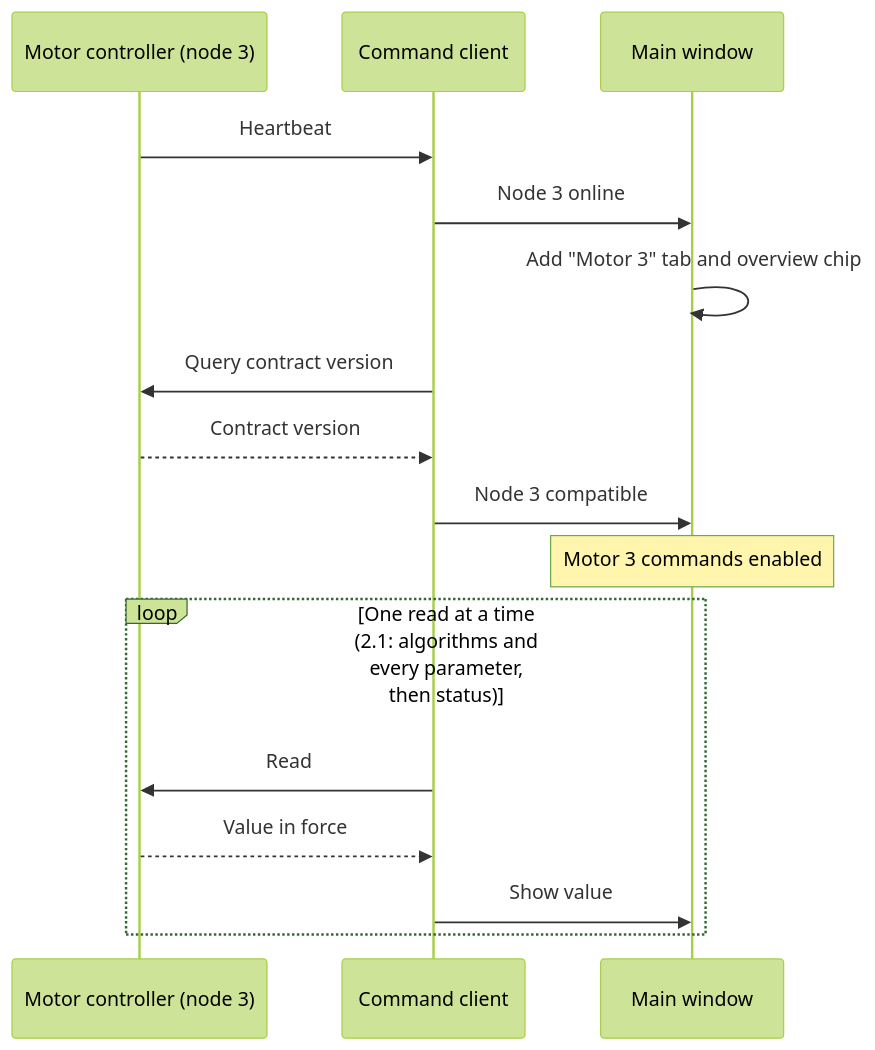
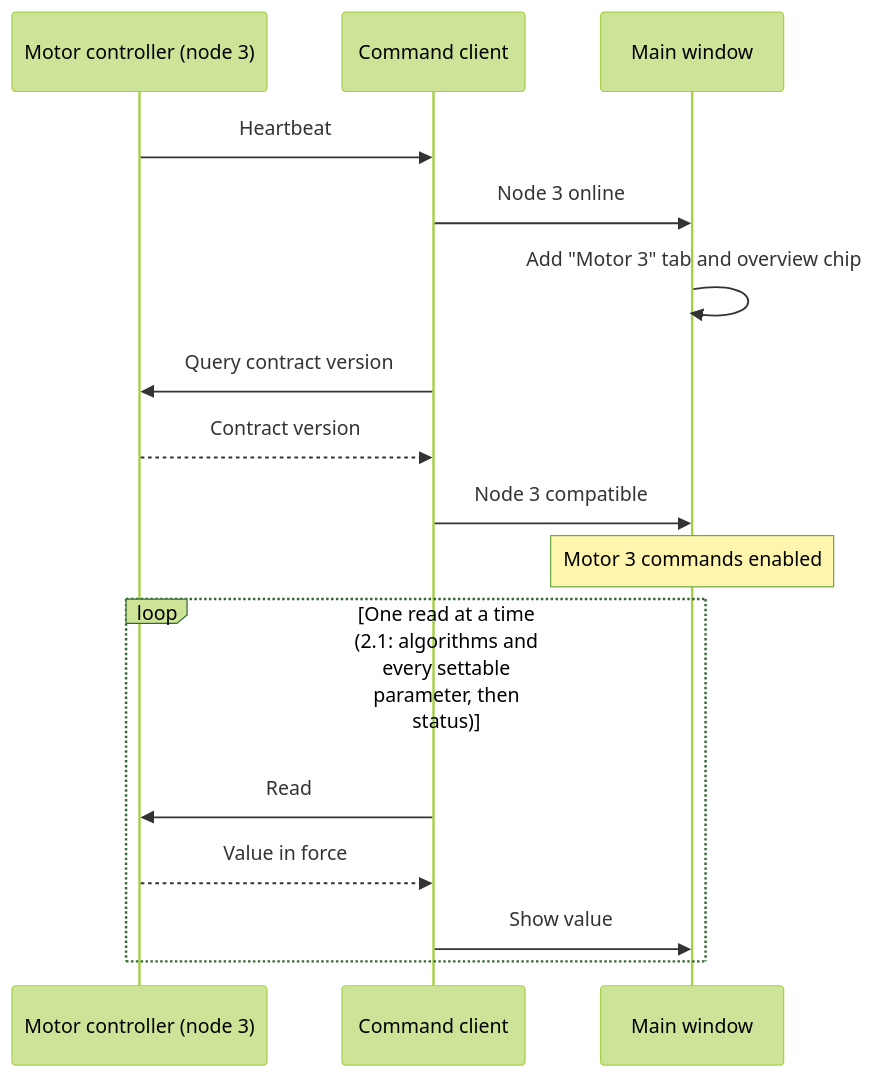
The seventh of 8 diagrams in documentation/design/tool-can-commander.md (embedded-pro/e-foc), drawn with Mermaid (forest theme) before and after one commit. The commit also changed other lines of this file and 108 other files, not shown here.

````diff
--- a/documentation/design/tool-can-commander.md
+++ b/documentation/design/tool-can-commander.md
@@ -423,18 +440,18 @@
 ```mermaid
 sequenceDiagram
     participant Node as Motor controller (node 3)
     participant Client as Command client
     participant Window as Main window
     Node->>Client: Heartbeat
     Client->>Window: Node 3 online
     Window->>Window: Add "Motor 3" tab and overview chip
     Client->>Node: Query contract version
     Node-->>Client: Contract version
     Client->>Window: Node 3 compatible
     Note over Window: Motor 3 commands enabled
-    loop One read at a time (2.1: algorithms and every parameter, then status)
+    loop One read at a time (2.1: algorithms and every settable parameter, then status)
         Client->>Node: Read
         Node-->>Client: Value in force
         Client->>Window: Show value
     end
 ```
````
